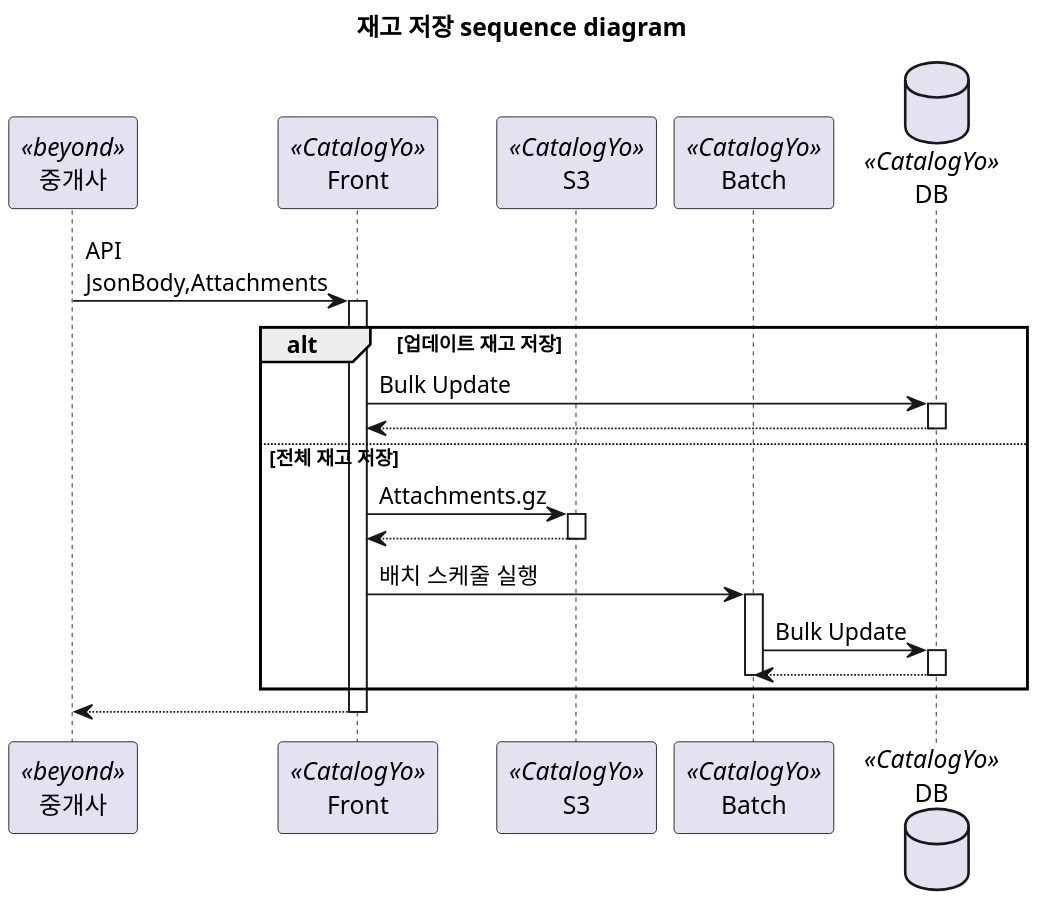
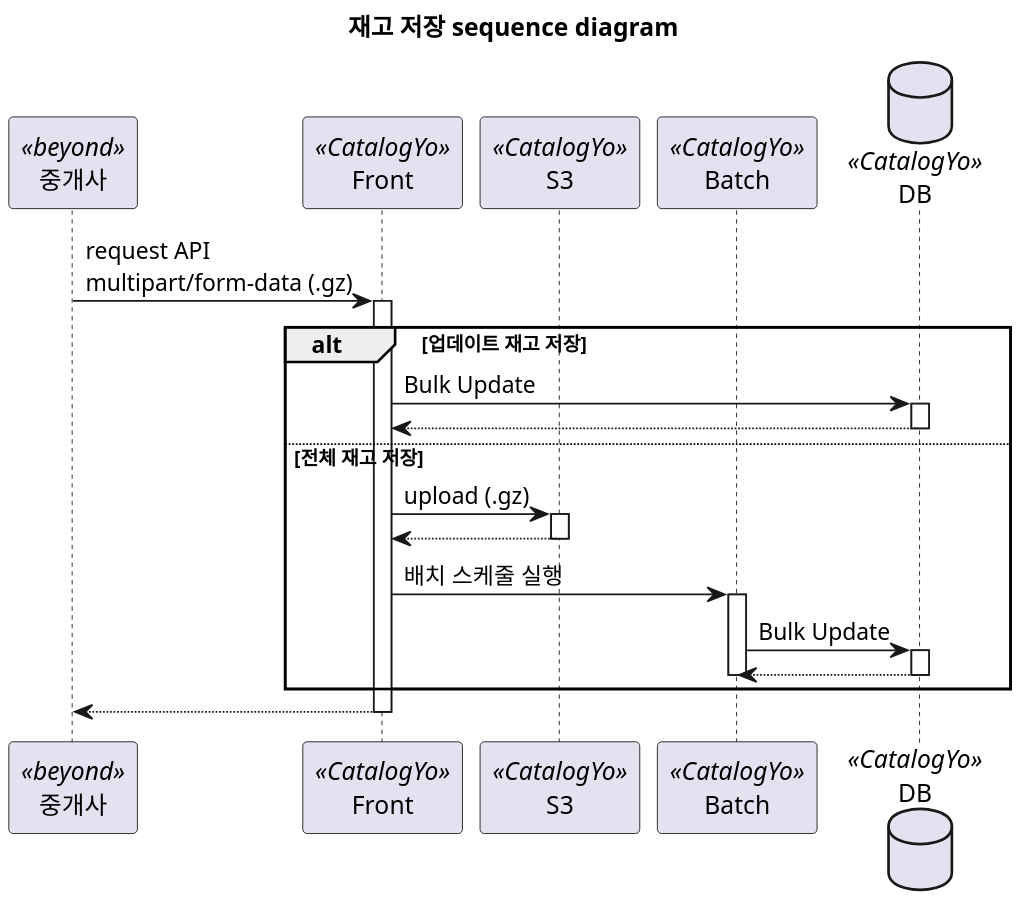
One commit to koo-bonsoo/plantuml changed the diagram in stock-sequence.plantuml. Above: the diagram before and after it, drawn with PlantUML.

```diff
--- a/stock-sequence.plantuml
+++ b/stock-sequence.plantuml
@@ -1,48 +1,48 @@
 @startuml 재고 저장 sequence diagram 
 skinparam defaultFontName D2Coding
 
 scale 2
 title 재고 저장 sequence diagram 
 
 participant 중개사<<beyond>>
 participant Front<<CatalogYo>>
 participant S3<<CatalogYo>>
 participant Batch<<CatalogYo>>
 database DB<<CatalogYo>>
 
-중개사 -> Front : API \nJsonBody,Attachments
+중개사 -> Front : request API \nmultipart/form-data (.gz)
 activate Front
 
 alt 업데이트 재고 저장
 
     Front -> DB : Bulk Update
     activate DB
 
     DB --> Front
     deactivate DB
     
 else 전체 재고 저장
-    Front -> S3 : Attachments.gz
+    Front -> S3 : upload (.gz)
     activate S3
 
     S3 --> Front
     deactivate S3
 
     Front -> Batch : 배치 스케줄 실행
     activate Batch 
 
     Batch -> DB : Bulk Update
     activate DB
 
     DB --> Batch
     deactivate DB
     deactivate Batch
 
 
 end
 
     Front --> 중개사
     deactivate Front
 
 
 @enduml
```
